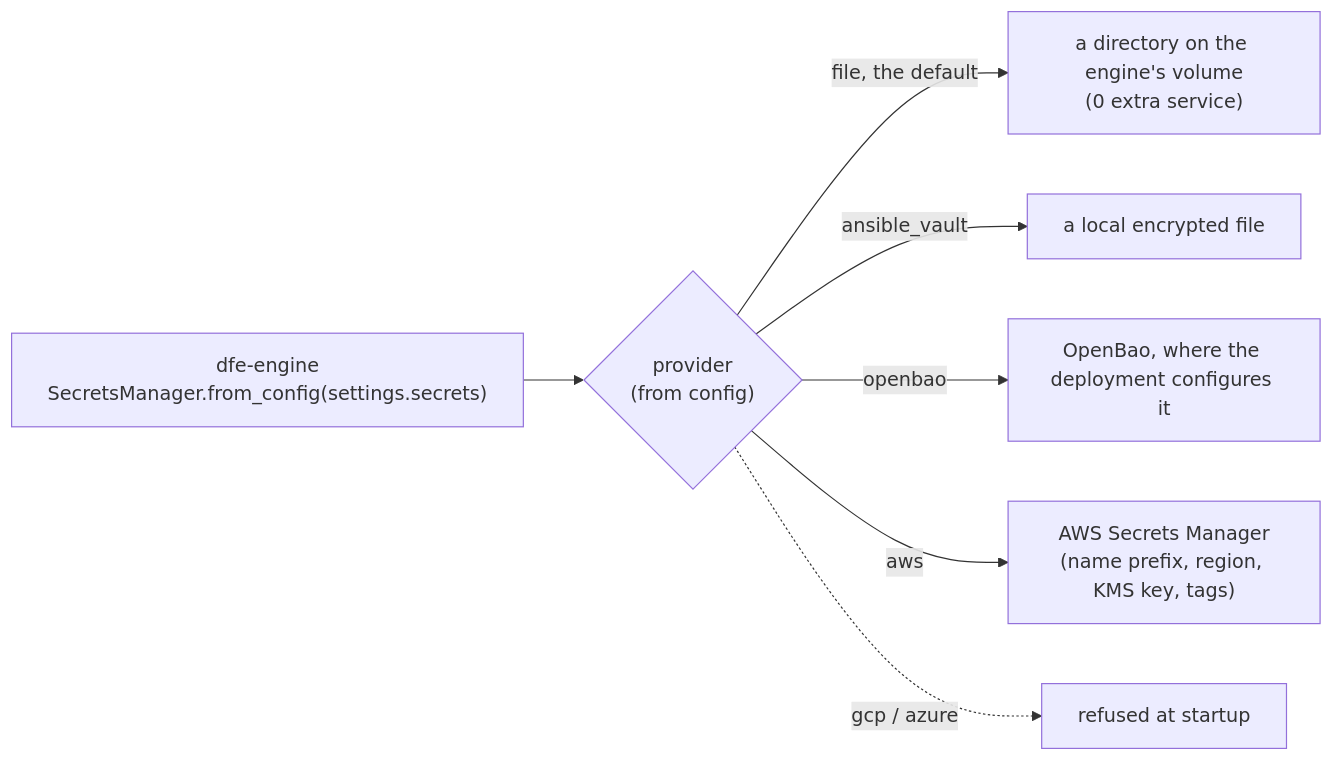
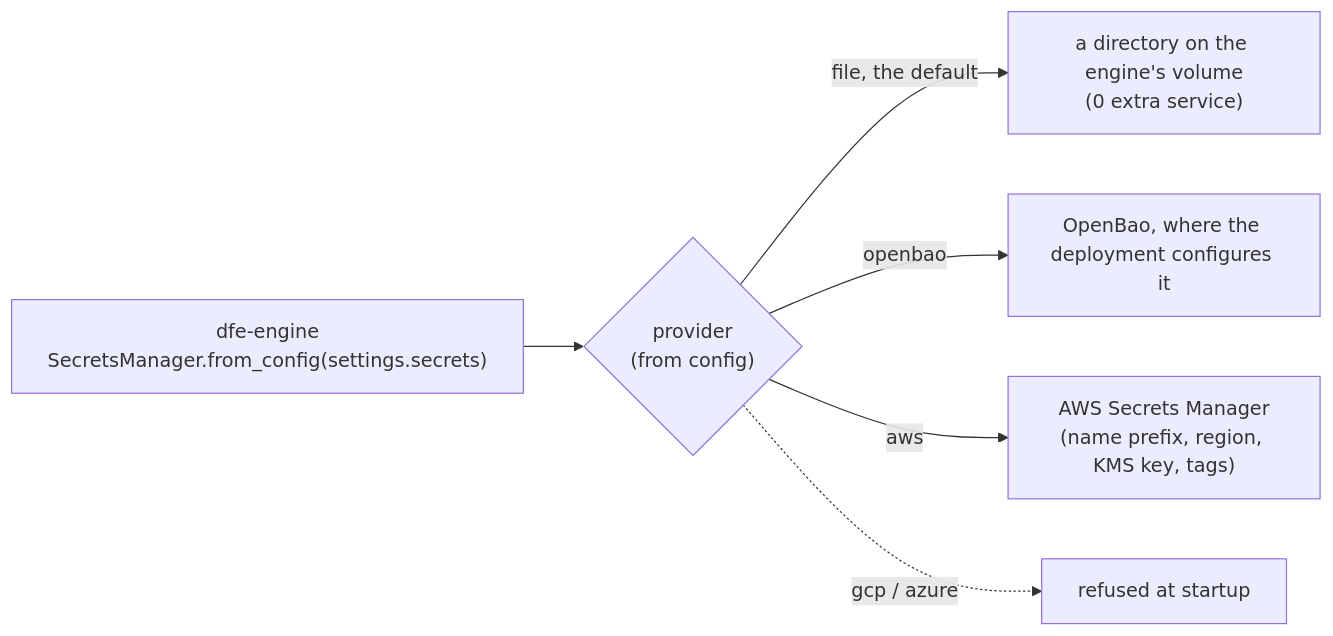
Before and after one commit to hyperi-io/dfe-engine: the third of 4 diagrams in docs/deployment/backing-services.md, drawn with Mermaid. The commit also changed other lines of this file and 17 other files, not shown here.

````diff
--- a/docs/deployment/backing-services.md
+++ b/docs/deployment/backing-services.md
@@ -115,9 +115,8 @@
 ```mermaid
 flowchart LR
     E["dfe-engine<br/>SecretsManager.from_config(settings.secrets)"] --> P{"provider<br/>(from config)"}
     P -->|file, the default| F["a directory on the engine's volume<br/>(0 extra service)"]
-    P -->|ansible_vault| AV["a local encrypted file"]
     P -->|openbao| O["OpenBao, where the deployment configures it"]
     P -->|aws| AWS["AWS Secrets Manager<br/>(name prefix, region, KMS key, tags)"]
     P -.->|gcp / azure| NO["refused at startup"]
 ```
````
